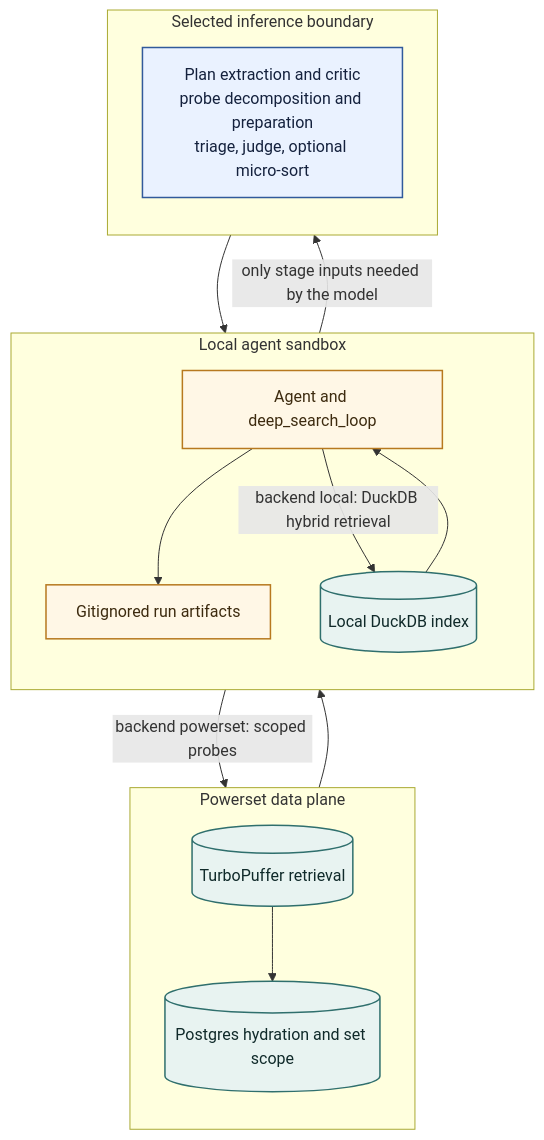
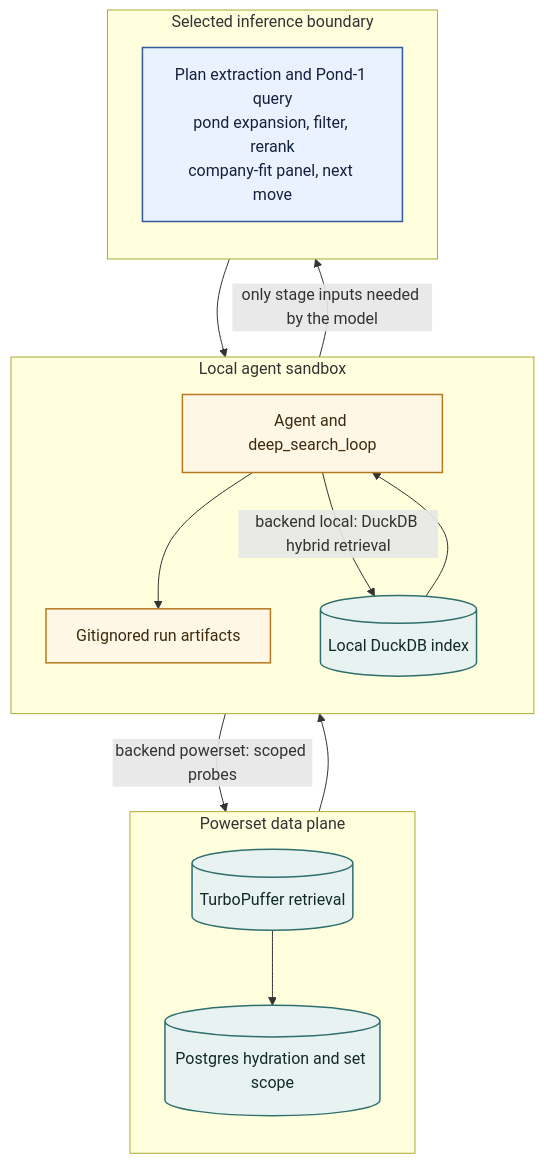
One commit to powerset-co/powerpacks changed the second of 2 diagrams in packs/search/docs/search-architecture.md. Above: the diagram before and after it, drawn with Mermaid. The commit also changed other lines of this file and 87 other files, not shown here.

````diff
--- a/packs/search/docs/search-architecture.md
+++ b/packs/search/docs/search-architecture.md
@@ -344,36 +280,36 @@
 ```mermaid
 flowchart TD
     subgraph Host[Local agent sandbox]
         direction TD
         A[Agent and deep_search_loop]
         F[Gitignored run artifacts]
         D[(Local DuckDB index)]
         A --> F
     end
 
     subgraph Cloud[Powerset data plane]
         direction TD
         T[(TurboPuffer retrieval)]
         G[(Postgres hydration and set scope)]
     end
 
     subgraph Models[Selected inference boundary]
         direction TD
-        M[Plan extraction and critic<br/>probe decomposition and preparation<br/>triage, judge, optional micro-sort]
+        M[Plan extraction and Pond-1 query<br/>pond expansion, filter, rerank<br/>company-fit panel, next move]
     end
 
     A -->|backend local: DuckDB hybrid retrieval| D
     A -->|backend powerset: scoped probes| T
     T --> G
     D --> A
     G --> A
     A -->|only stage inputs needed by the model| M
     M --> A
 
     classDef host fill:#fff7e6,color:#3d2b0f,stroke:#b7791f,stroke-width:1.5px;
     classDef data fill:#e8f3f1,color:#102a2a,stroke:#2f6f6d,stroke-width:1.5px;
     classDef model fill:#eaf2ff,color:#14213d,stroke:#315a9b,stroke-width:1.5px;
     class A,F host;
     class D,T,G data;
     class M model;
 ```
````
